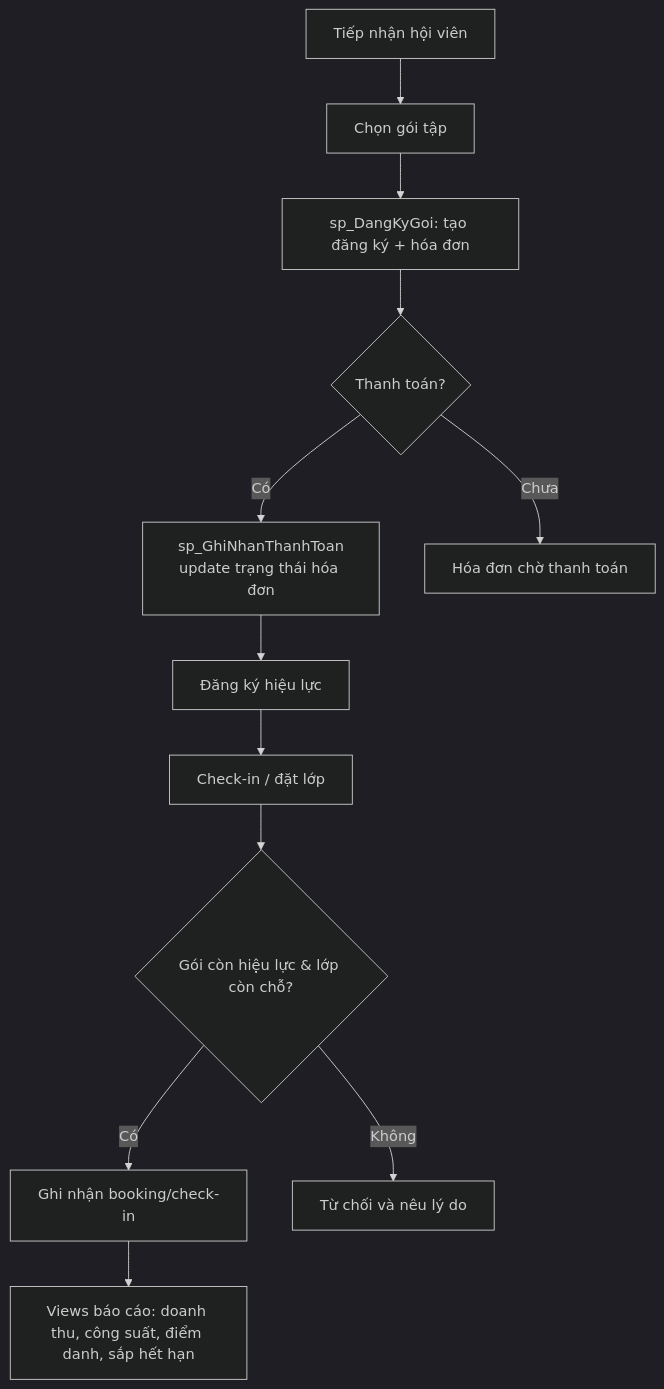
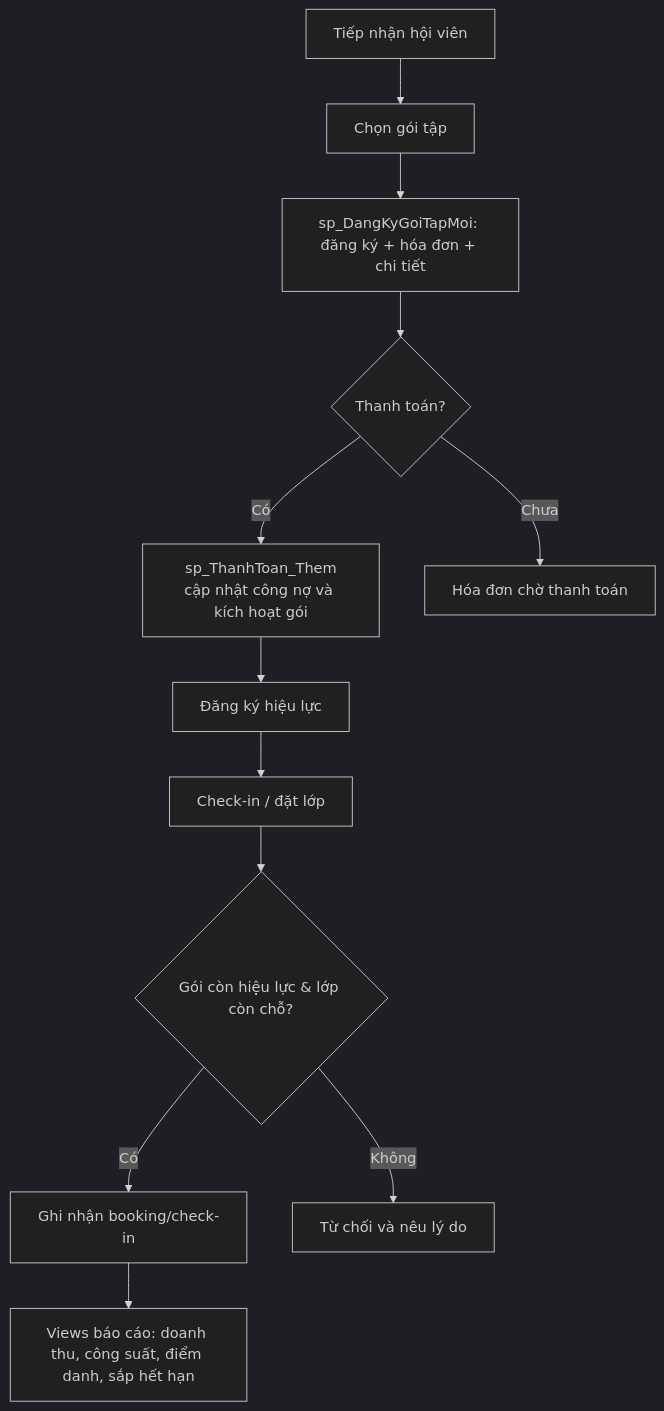
Before and after one commit to vhoanglong54/DBMS_FINALPROJECT: the second of 3 diagrams in docs/ARCHITECTURE.md, drawn with Mermaid (dark theme). The commit also changed other lines of this file and 92 other files, not shown here.

````diff
--- a/docs/ARCHITECTURE.md
+++ b/docs/ARCHITECTURE.md
@@ -27,14 +27,14 @@
 ```mermaid
 flowchart TD
   A[Tiếp nhận hội viên] --> B[Chọn gói tập]
-  B --> C[sp_DangKyGoi: tạo đăng ký + hóa đơn]
+  B --> C[sp_DangKyGoiTapMoi: đăng ký + hóa đơn + chi tiết]
   C --> D{Thanh toán?}
-  D -->|Có| E[sp_GhiNhanThanhToan\nupdate trạng thái hóa đơn]
+  D -->|Có| E[sp_ThanhToan_Them\ncập nhật công nợ và kích hoạt gói]
   D -->|Chưa| F[Hóa đơn chờ thanh toán]
   E --> G[Đăng ký hiệu lực]
   G --> H[Check-in / đặt lớp]
   H --> I{Gói còn hiệu lực & lớp còn chỗ?}
   I -->|Có| J[Ghi nhận booking/check-in]
   I -->|Không| K[Từ chối và nêu lý do]
   J --> L[Views báo cáo: doanh thu, công suất, điểm danh, sắp hết hạn]
 ```
````
